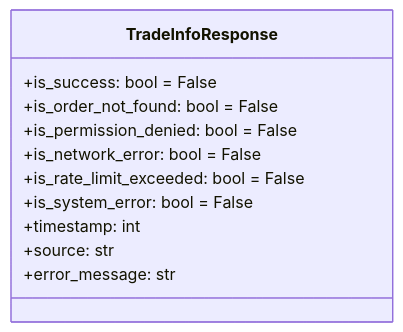
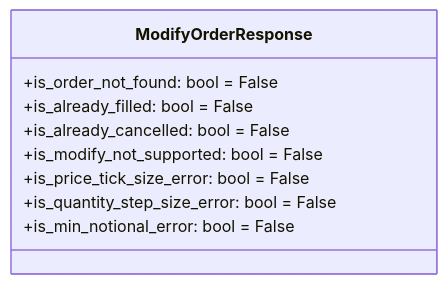
The fifth of 16 diagrams in packages/financial-assets/financial_assets/response/Architecture.md (gatesplan/python-toolbox), drawn with Mermaid before and after one commit. The commit also changed other lines of this file, not shown here.

First line of the commit message:
docs(financial-assets): Response 아키텍처 BaseResponse 상속 구조로 리팩토링

````diff
--- a/packages/financial-assets/financial_assets/response/Architecture.md
+++ b/packages/financial-assets/financial_assets/response/Architecture.md
@@ -289,14 +171,12 @@
 ```mermaid
 classDiagram
-    class TradeInfoResponse {
-        +is_success: bool = False
+    class ModifyOrderResponse {
         +is_order_not_found: bool = False
-        +is_permission_denied: bool = False
-        +is_network_error: bool = False
-        +is_rate_limit_exceeded: bool = False
-        +is_system_error: bool = False
-        +timestamp: int
-        +source: str
-        +error_message: str
+        +is_already_filled: bool = False
+        +is_already_cancelled: bool = False
+        +is_modify_not_supported: bool = False
+        +is_price_tick_size_error: bool = False
+        +is_quantity_step_size_error: bool = False
+        +is_min_notional_error: bool = False
     }
 ```
````
